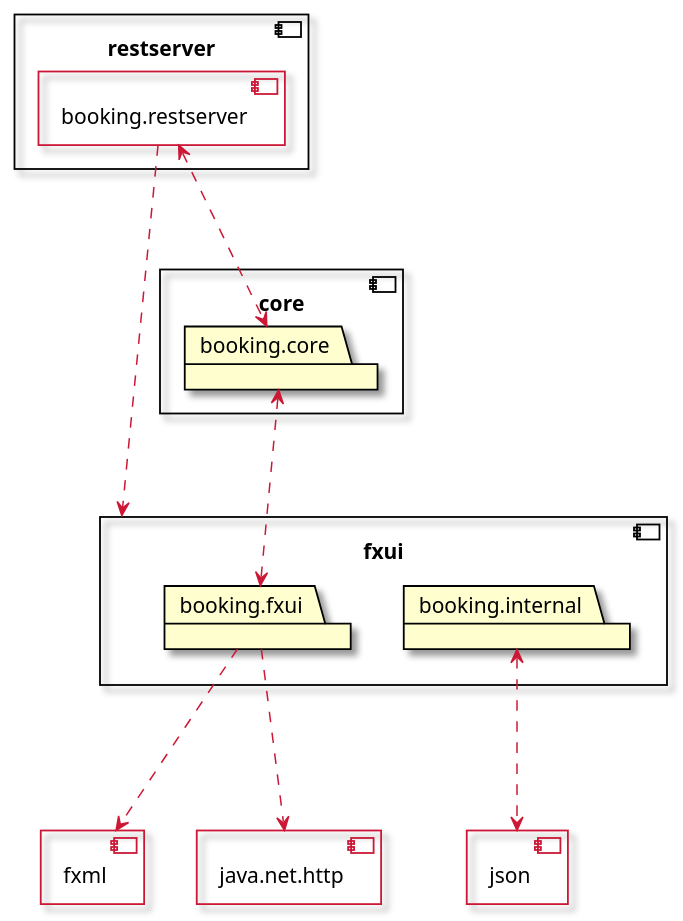
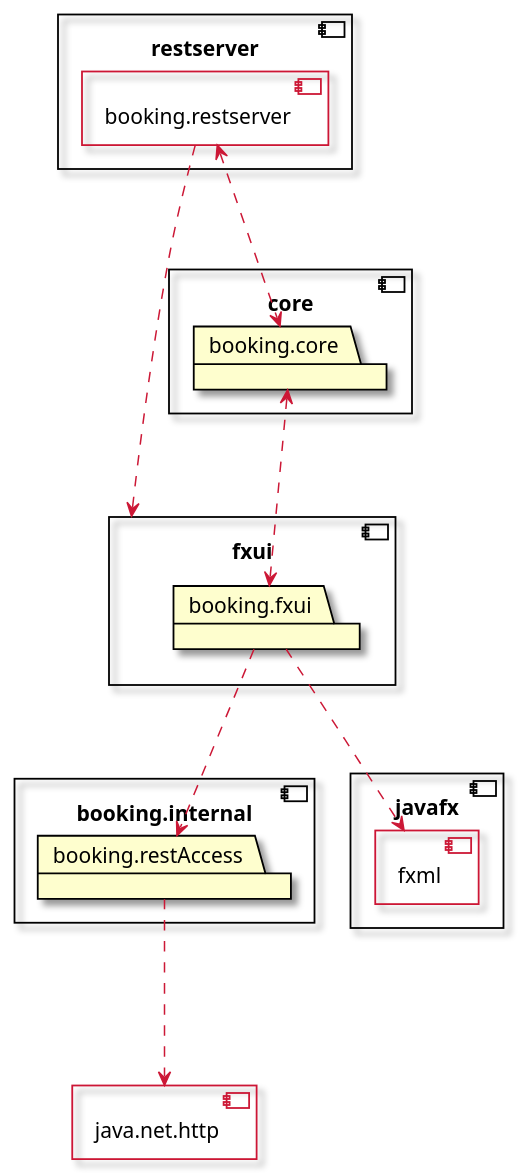
One commit to theobeck/hotel-booking changed the diagram in img/diagrams/packageDiagramCore.puml. Above: the diagram before and after it, drawn with PlantUML. The commit also changed 1 other file, not shown here.

Commit message:
fix: changed package diagram

```diff
--- a/img/diagrams/packageDiagramCore.puml
+++ b/img/diagrams/packageDiagramCore.puml
@@ -1,42 +1,48 @@
 @startuml packageDiagram
 skin rose
 component restserver {
   [booking.restserver] <<inside>>
 }
 component fxui {
   package booking.fxui {
 }
-  package booking.internal {
+}
+component booking.internal {
+    package booking.restAccess
+}
 
-  }
-}
 component core {
   package booking.core {
 }
 
 }
 
-component fxml <<inside>> {
+component javafx {
+  
+    component fxml <<inside>> {
+    }
 }
 
-component json <<inside>>{
-}
+
 component java.net.http <<inside>> {
 }
+
 skinparam Component {
   BackgroundColor transparent
   BorderColor black
   BorderColor<<inside>> #cc1836
 }
 skinparam ComponentBorderThickness 1.2
 skinparam PackageBorderThickness 1.2
 skinparam PackageBorderColor black
 skinparam ArrowColor #cc1836
 HIDE <<inside>> stereotype
 booking.core <...> booking.fxui
 booking.fxui ...> fxml
-booking.fxui ...> java.net.http
+booking.restAccess ...> java.net.http
+booking.fxui ...> booking.restAccess
 booking.restserver <...> booking.core
-booking.restserver ...> fxui    
-booking.internal <...> json
+booking.restserver ...> fxui   
+ 
+
 @enduml
```
